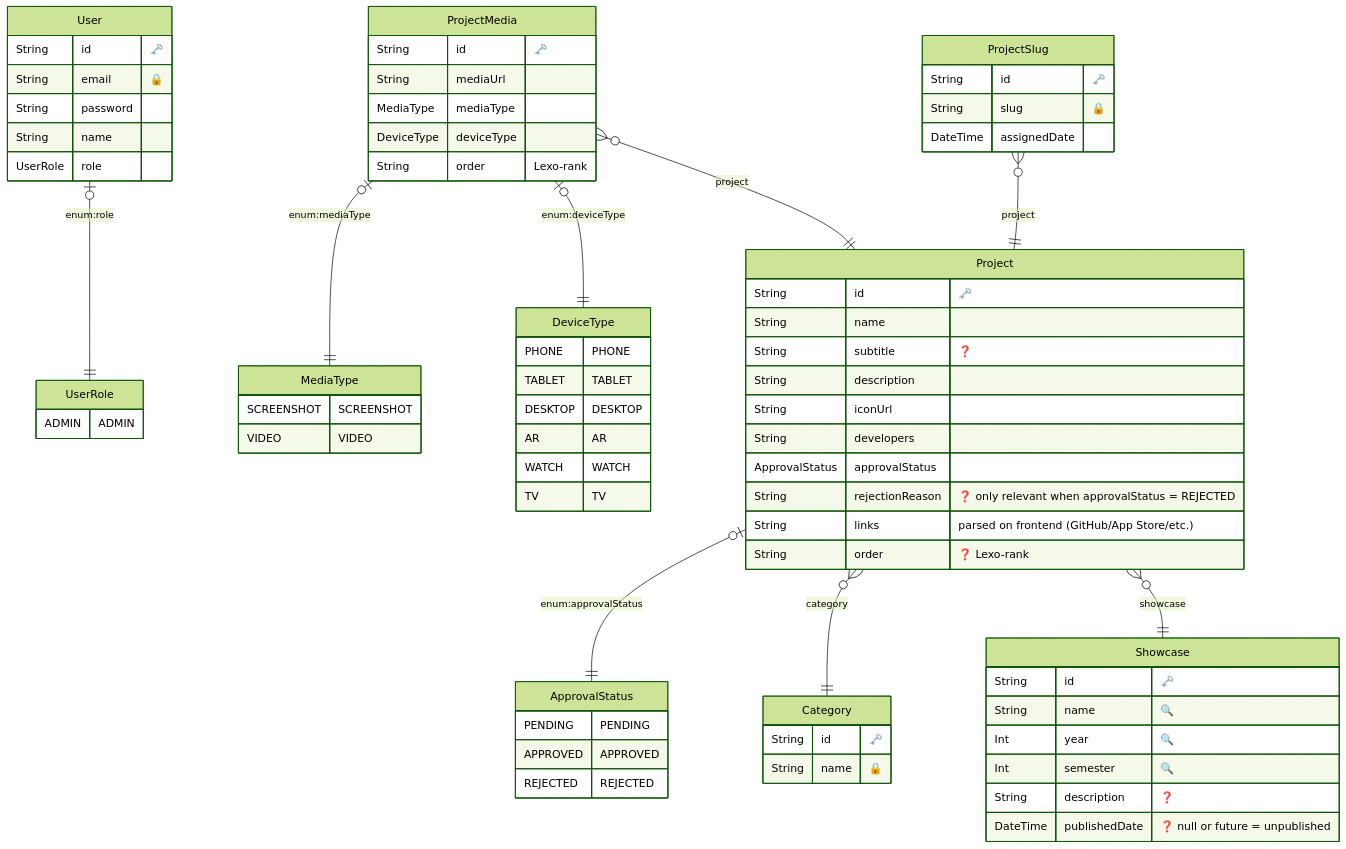
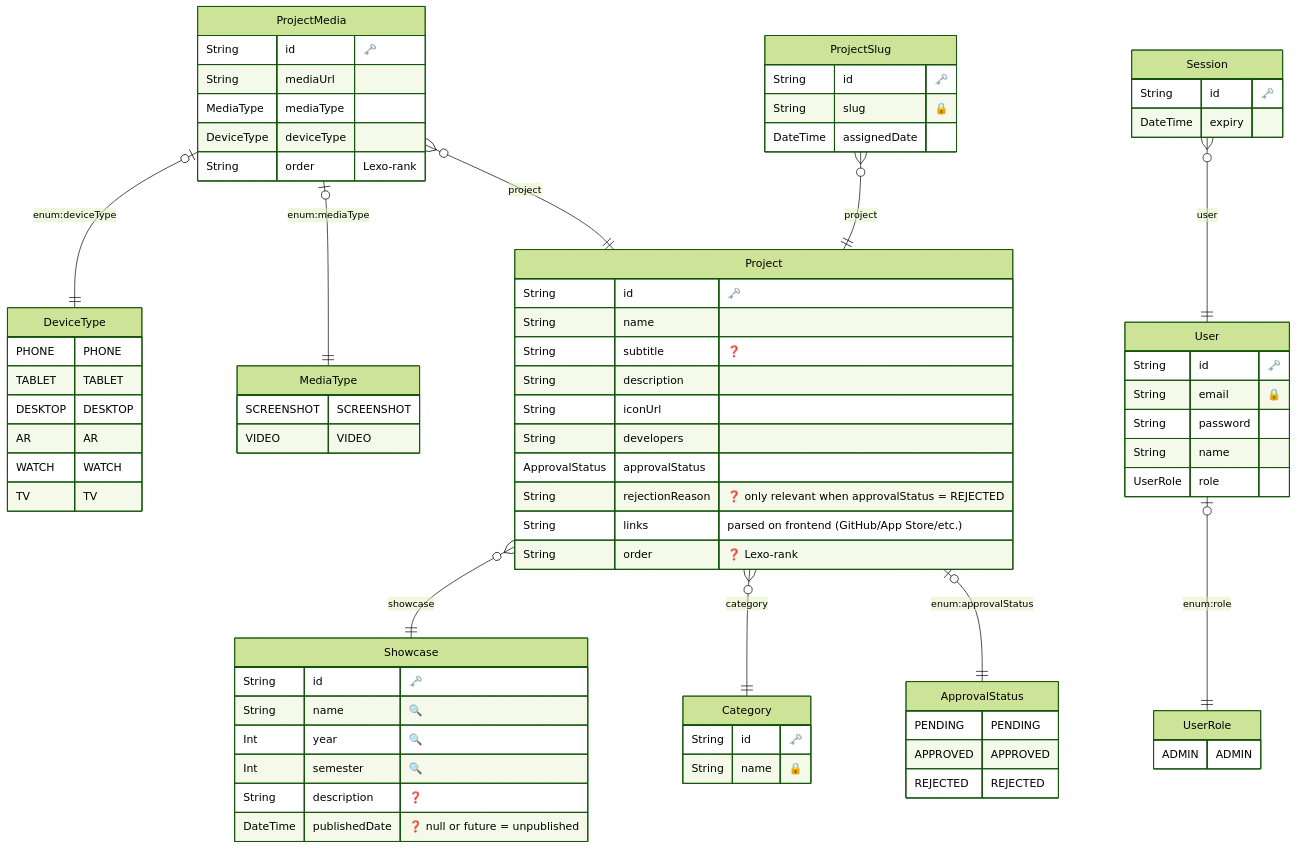
One commit to odisfm/hapi changed the diagram in shared/prisma/ERD.md. Above: the diagram before and after it, drawn with Mermaid (forest theme). The commit also changed 18 other files, not shown here.

```diff
--- a/shared/prisma/ERD.md
+++ b/shared/prisma/ERD.md
@@ -56,6 +56,12 @@
     }
   
 
+  "Session" {
+    String id "🗝️"
+    DateTime expiry 
+    }
+  
+
   "Project" {
     String id "🗝️"
     String name 
@@ -86,6 +92,7 @@
     }
   
     "User" |o--|| "UserRole" : "enum:role"
+    "Session" }o--|| "User" : "user"
     "Project" |o--|| "ApprovalStatus" : "enum:approvalStatus"
     "Project" }o--|| "Category" : "category"
     "Project" }o--|| "Showcase" : "showcase"
```
